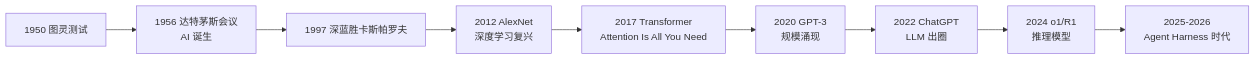
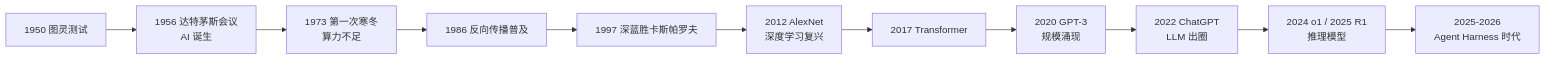
One commit to funny8kids/ai-agent-handbook changed the diagram in docs/01-ai-basics/ai-history.md. Above: the diagram before and after it, drawn with Mermaid. The commit also changed other lines of this file and 10 other files, not shown here.

````diff
--- a/docs/01-ai-basics/ai-history.md
+++ b/docs/01-ai-basics/ai-history.md
@@ -23,11 +34,13 @@
 ```mermaid
 flowchart LR
   A[1950 图灵测试] --> B[1956 达特茅斯会议<br/>AI 诞生]
-  B --> C[1997 深蓝胜卡斯帕罗夫]
-  C --> D[2012 AlexNet<br/>深度学习复兴]
-  D --> E[2017 Transformer<br/>Attention Is All You Need]
-  E --> F[2020 GPT-3<br/>规模涌现]
-  F --> G[2022 ChatGPT<br/>LLM 出圈]
-  G --> H[2024 o1/R1<br/>推理模型]
-  H --> I[2025-2026<br/>Agent Harness 时代]
+  B --> C[1973 第一次寒冬<br/>算力不足]
+  C --> D[1986 反向传播普及]
+  D --> E[1997 深蓝胜卡斯帕罗夫]
+  E --> F[2012 AlexNet<br/>深度学习复兴]
+  F --> G[2017 Transformer]
+  G --> H[2020 GPT-3<br/>规模涌现]
+  H --> I[2022 ChatGPT<br/>LLM 出圈]
+  I --> J[2024 o1 / 2025 R1<br/>推理模型]
+  J --> K[2025-2026<br/>Agent Harness 时代]
 ```
````
